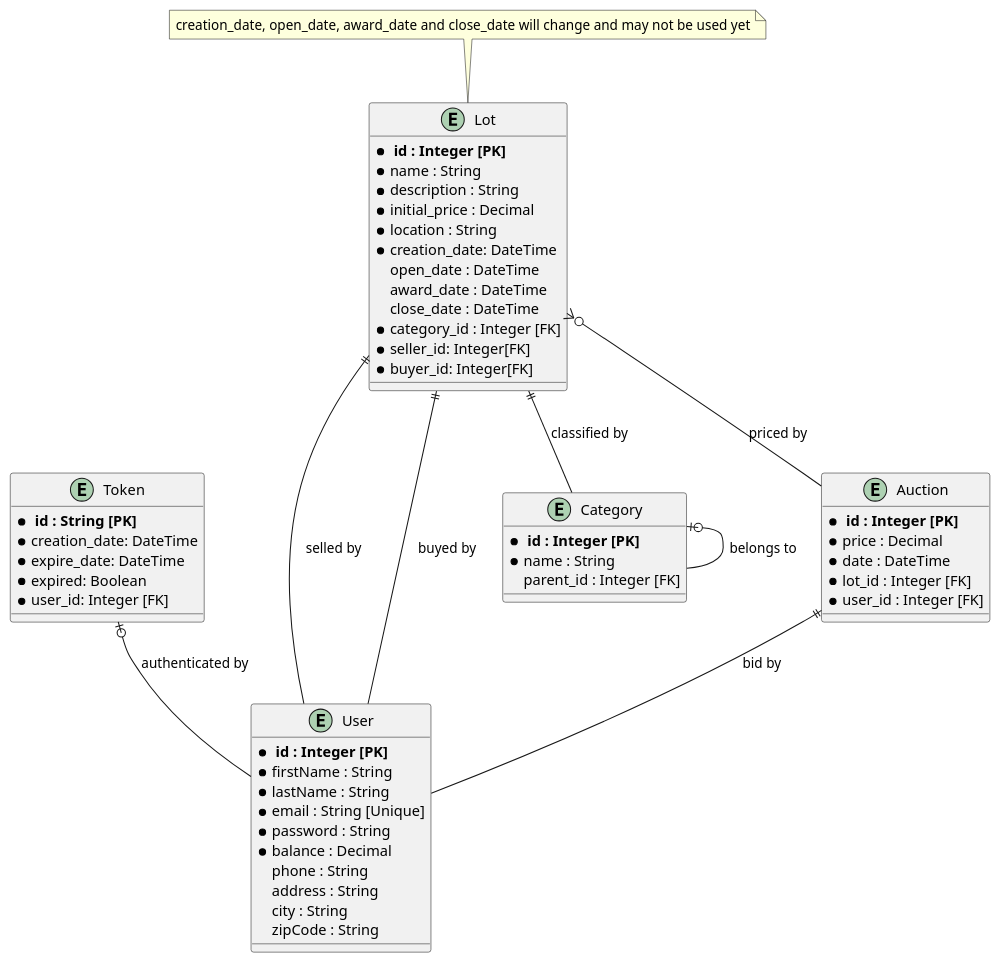
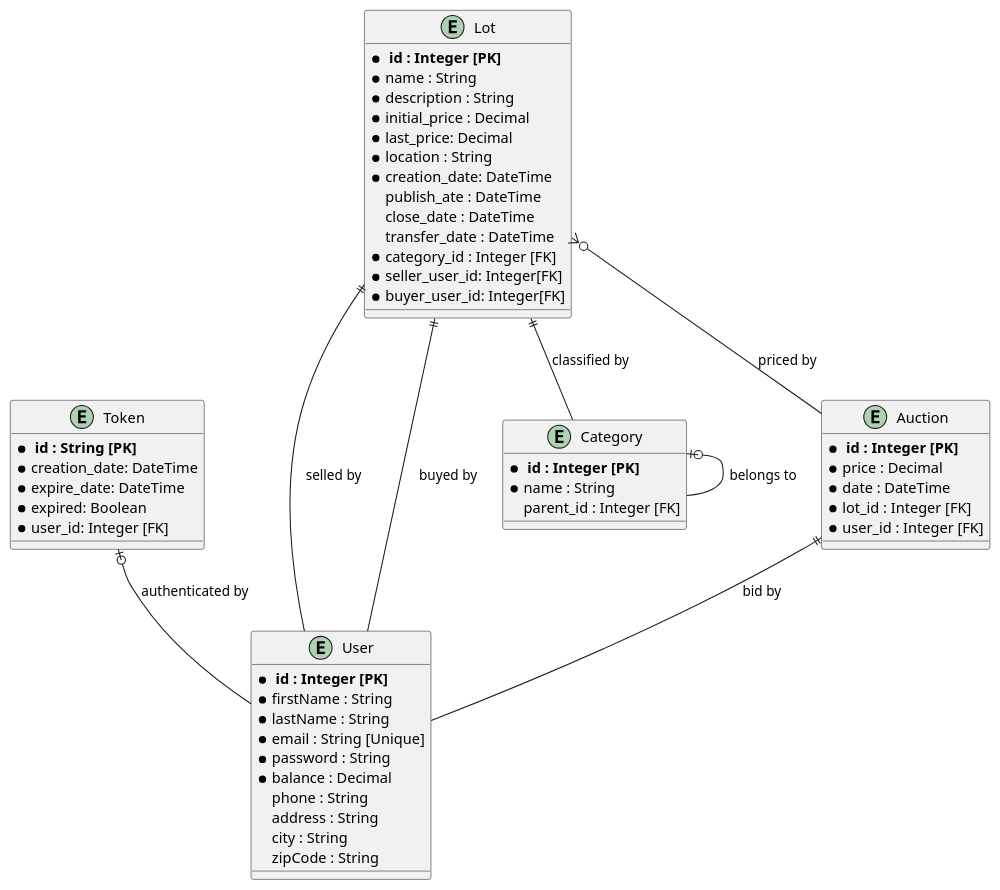
The diagram in docs/mld.puml (ETML-ES-LABEFE-MANUEL-THEO/BACKEND), drawn with PlantUML before and after one commit. The commit also changed 5 other files, not shown here.

```diff
--- a/docs/mld.puml
+++ b/docs/mld.puml
@@ -1,60 +1,60 @@
  @startuml
 
 entity User {
     * ** id : Integer [PK] **
     * firstName : String
     * lastName : String
     * email : String [Unique]
     * password : String
     * balance : Decimal
     phone : String
     address : String
     city : String
     zipCode : String
 }
 
 entity Token {
     * ** id : String [PK] **
     * creation_date: DateTime
     * expire_date: DateTime
     * expired: Boolean
     * user_id: Integer [FK]
 }
 Token |o-- User : authenticated by
 
 entity Category {
     * ** id : Integer [PK] **
     * name : String
     parent_id : Integer [FK]
 }
 Category |o-- Category : belongs to
 
 entity Lot {
     * ** id : Integer [PK] **
     * name : String
     * description : String
     * initial_price : Decimal
+    * last_price: Decimal
     * location : String
     * creation_date: DateTime
-    open_date : DateTime
-    award_date : DateTime
+    publish_ate : DateTime
     close_date : DateTime
+    transfer_date : DateTime
     * category_id : Integer [FK]
-    * seller_id: Integer[FK]
-    * buyer_id: Integer[FK]
+    * seller_user_id: Integer[FK]
+    * buyer_user_id: Integer[FK]
 }
-note top: creation_date, open_date, award_date and close_date will change and may not be used yet
 Lot ||-- Category : classified by
 Lot ||-- User : selled by
 Lot ||-- User : buyed by
 
 entity Auction {
     * ** id : Integer [PK] **
     * price : Decimal
     * date : DateTime
     * lot_id : Integer [FK]
     * user_id : Integer [FK]
 }
 Lot }o-- Auction : priced by
 Auction ||-- User : bid by
 @enduml
```
